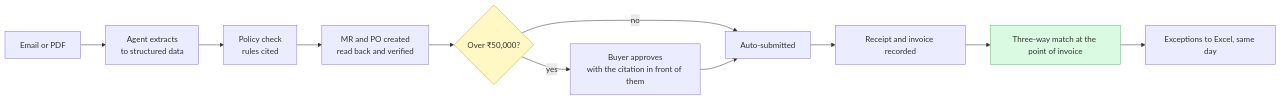
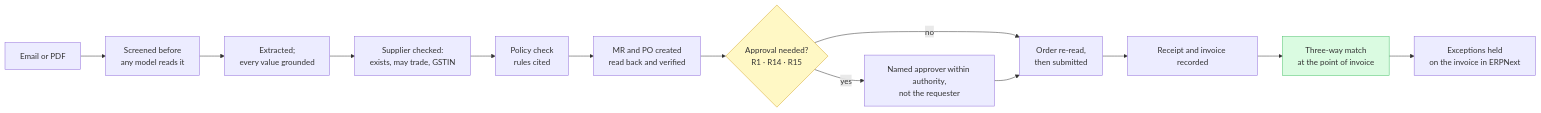
One commit to Mr-Bathwal/ERP changed the second of 2 diagrams in docs/REQUIREMENTS.md. Above: the diagram before and after it, drawn with Mermaid. The commit also changed other lines of this file and 3 other files, not shown here.

````diff
--- a/docs/REQUIREMENTS.md
+++ b/docs/REQUIREMENTS.md
@@ -45,15 +45,17 @@
 ```mermaid
 flowchart LR
-    A[Email or PDF] --> B[Agent extracts<br/>to structured data]
-    B --> C[Policy check<br/>rules cited]
+    A[Email or PDF] --> S[Screened before<br/>any model reads it]
+    S --> B[Extracted;<br/>every value grounded]
+    B --> V[Supplier checked:<br/>exists, may trade, GSTIN]
+    V --> C[Policy check<br/>rules cited]
     C --> D[MR and PO created<br/>read back and verified]
-    D --> E{Over ₹50,000?}
-    E -->|yes| F[Buyer approves<br/>with the citation in front of them]
-    E -->|no| G[Auto-submitted]
+    D --> E{Approval needed?<br/>R1 · R14 · R15}
+    E -->|yes| F[Named approver within authority,<br/>not the requester]
+    E -->|no| G[Order re-read,<br/>then submitted]
     F --> G
     G --> H[Receipt and invoice recorded]
-    H --> I[Three-way match at the point of invoice]
-    I --> J[Exceptions to Excel, same day]
+    H --> I[Three-way match<br/>at the point of invoice]
+    I --> J[Exceptions held<br/>on the invoice in ERPNext]
     style E fill:#fff8c5,stroke:#d4a72c
     style I fill:#dafbe1,stroke:#4ac26b
 ```
````
